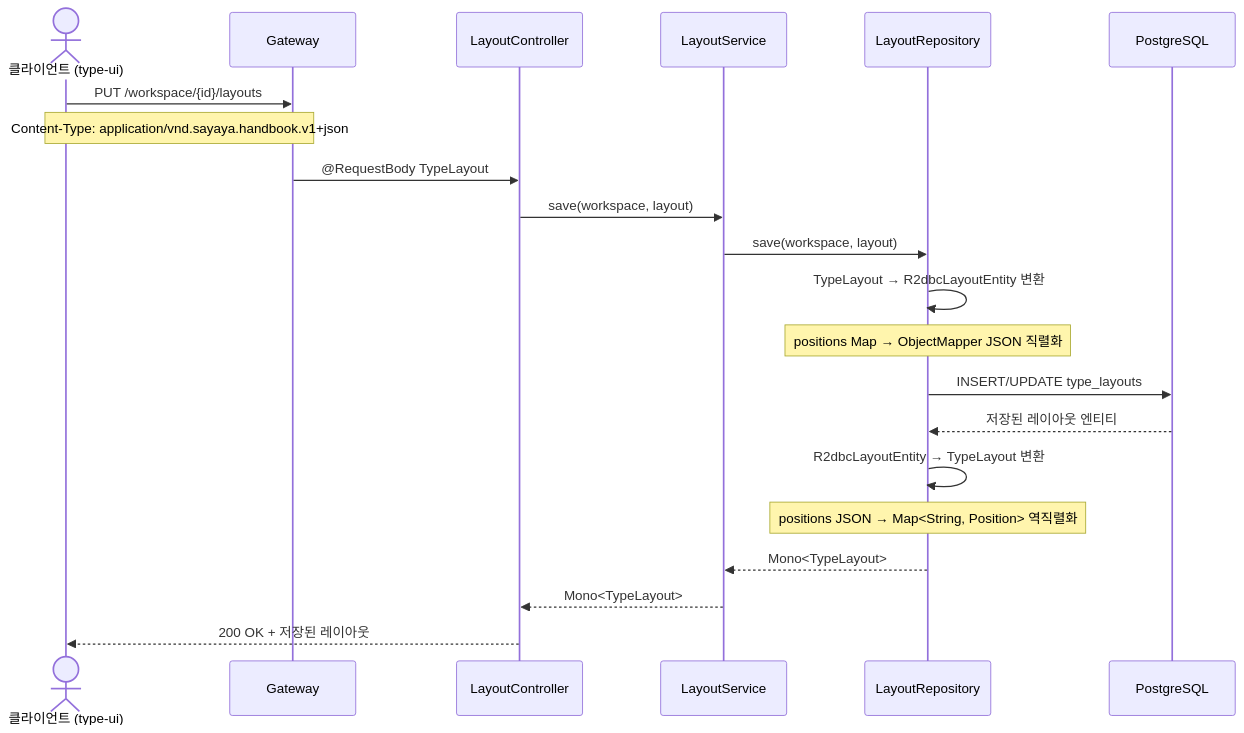
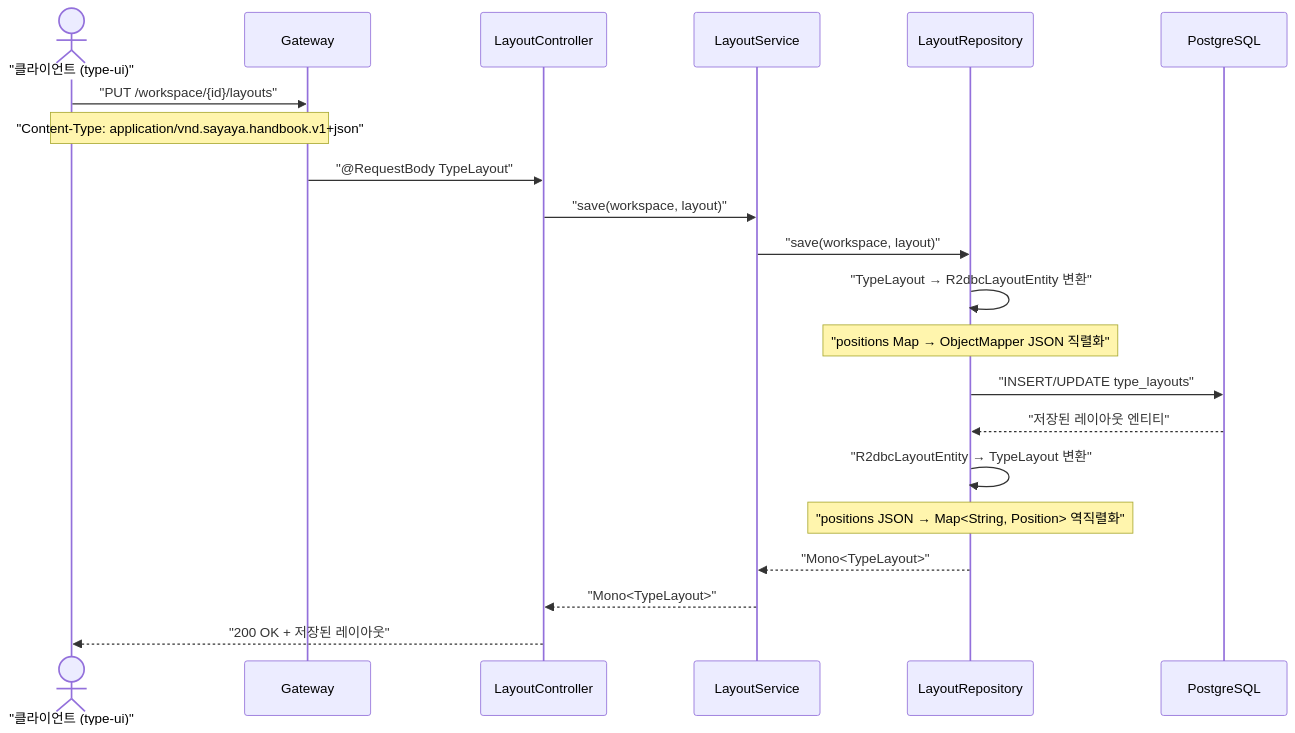
The third of 4 diagrams in persist-type/USECASE.md (sayaya1090/handbook), drawn with Mermaid before and after one commit. The commit also changed other lines of this file and 22 other files, not shown here.

First line of the commit message:
docs: Mermaid 다이어그램 렌더링 오류 수정을 위한 구문 전수 교정

````diff
--- a/persist-type/USECASE.md
+++ b/persist-type/USECASE.md
@@ -78,24 +78,24 @@
 ```mermaid
 sequenceDiagram
-    actor Client as 클라이언트 (type-ui)
+    actor Client as "클라이언트 (type-ui)"
     participant GW as Gateway
     participant Ctrl as LayoutController
     participant Svc as LayoutService
     participant Repo as LayoutRepository
     participant DB as PostgreSQL
 
-    Client->>GW: PUT /workspace/{id}/layouts
-    Note over Client,GW: Content-Type: application/vnd.sayaya.handbook.v1+json
-    GW->>Ctrl: @RequestBody TypeLayout
-    Ctrl->>Svc: save(workspace, layout)
-    Svc->>Repo: save(workspace, layout)
-    Repo->>Repo: TypeLayout → R2dbcLayoutEntity 변환
-    Note over Repo: positions Map → ObjectMapper JSON 직렬화
-    Repo->>DB: INSERT/UPDATE type_layouts
-    DB-->>Repo: 저장된 레이아웃 엔티티
-    Repo->>Repo: R2dbcLayoutEntity → TypeLayout 변환
-    Note over Repo: positions JSON → Map<String, Position> 역직렬화
-    Repo-->>Svc: Mono<TypeLayout>
-    Svc-->>Ctrl: Mono<TypeLayout>
-    Ctrl-->>Client: 200 OK + 저장된 레이아웃
+    Client->>GW: "PUT /workspace/{id}/layouts"
+    Note over Client,GW: "Content-Type: application/vnd.sayaya.handbook.v1+json"
+    GW->>Ctrl: "@RequestBody TypeLayout"
+    Ctrl->>Svc: "save(workspace, layout)"
+    Svc->>Repo: "save(workspace, layout)"
+    Repo->>Repo: "TypeLayout → R2dbcLayoutEntity 변환"
+    Note over Repo: "positions Map → ObjectMapper JSON 직렬화"
+    Repo->>DB: "INSERT/UPDATE type_layouts"
+    DB-->>Repo: "저장된 레이아웃 엔티티"
+    Repo->>Repo: "R2dbcLayoutEntity → TypeLayout 변환"
+    Note over Repo: "positions JSON → Map<String, Position> 역직렬화"
+    Repo-->>Svc: "Mono<TypeLayout>"
+    Svc-->>Ctrl: "Mono<TypeLayout>"
+    Ctrl-->>Client: "200 OK + 저장된 레이아웃"
 ```
````
